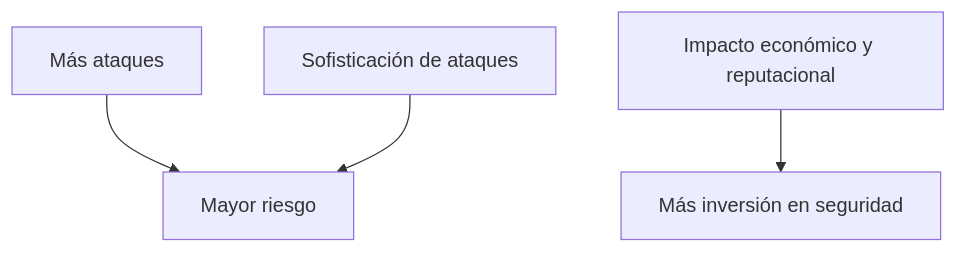
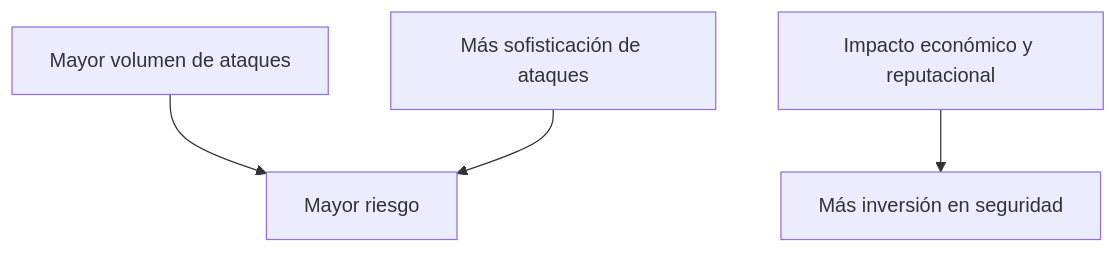
Diagram 30 of 39 in README.md (LorenaLResusta/Digitalizacion), drawn with Mermaid before and after one commit. The commit also changed other lines of this file, not shown here.

First line of the commit message:
Add global mind map and update flowcharts

````diff
--- a/README.md
+++ b/README.md
@@ -914,6 +923,7 @@
 ```mermaid
-graph TD
-  Volumen[Más ataques] --> Riesgo[Mayor riesgo]
-  Sof[Sofisticación de ataques] --> Riesgo
-  Impacto[Impacto económico y reputacional] --> Decisiones[Más inversión en seguridad]
+flowchart TD
+  VOL[Mayor volumen de ataques] --> RIES[Mayor riesgo]
+  SOF[Más sofisticación de ataques] --> RIES
+  IMP[Impacto económico y reputacional] --> DEC[Más inversión en seguridad]
+
 ```
````
